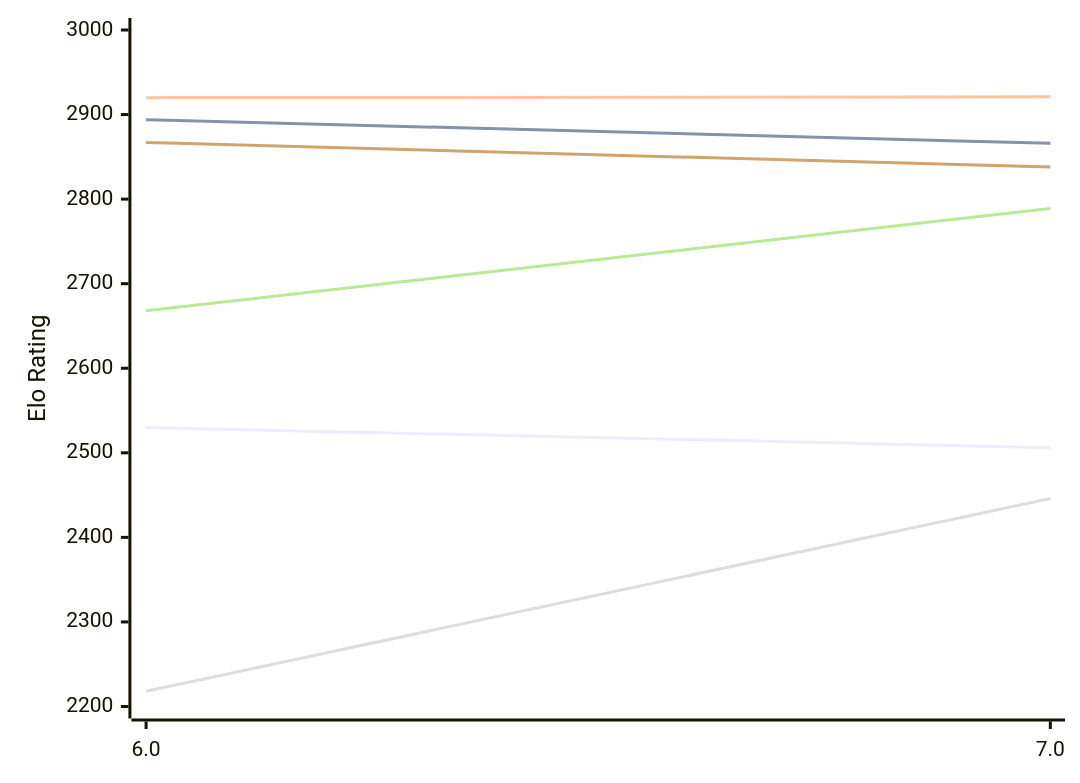
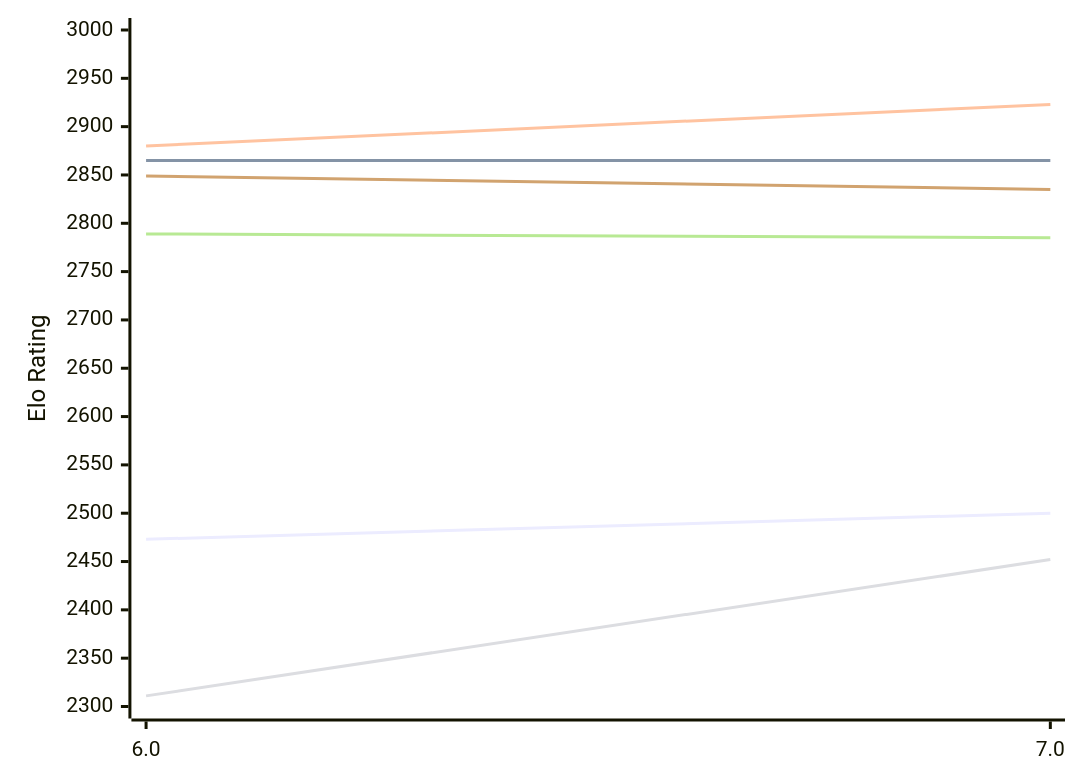
Before and after one commit to computer-chess-index/cci: the first of 2 diagrams in engines/tomitankChess.md, drawn with Mermaid. The commit also changed other lines of this file, not shown here.

Commit message:
Update CCI Ratings (ELO VLTC) - 2026-11-15

````diff
--- a/engines/tomitankChess.md
+++ b/engines/tomitankChess.md
@@ -51,12 +51,12 @@
 ```mermaid
 %%{init: {"theme":"base","themeVariables":{"seriesColors:['#a3a3a3','#222221','#faa371']}}}%%
 xychart-beta
   x-axis ["6.0", "7.0"]
-  y-axis "Elo Rating" 2200 --> 3000
-  line "E1: STC (8.0+0.08s)" [2530, 2506]
-  line "E1: LTC (60.0+0.60s)" [2894, 2866]
-  line "E1: VLTC (2m24s+1.12s)" [2920, 2921]
-  line "P1: STC (8.0+0.08s)" [2218, 2446]
-  line "P1: LTC (60.0+0.60s)" [2668, 2789]
-  line "P1: VLTC (2m24s+1.12s)" [2867, 2838]
+  y-axis "Elo Rating" 2300 --> 3000
+  line "E1: STC (8.0+0.08s)" [2473, 2500]
+  line "E1: LTC (60.0+0.60s)" [2865, 2865]
+  line "E1: VLTC (2m24s+1.12s)" [2880, 2923]
+  line "P1: STC (8.0+0.08s)" [2311, 2452]
+  line "P1: LTC (60.0+0.60s)" [2789, 2785]
+  line "P1: VLTC (2m24s+1.12s)" [2849, 2835]
 ```
````
